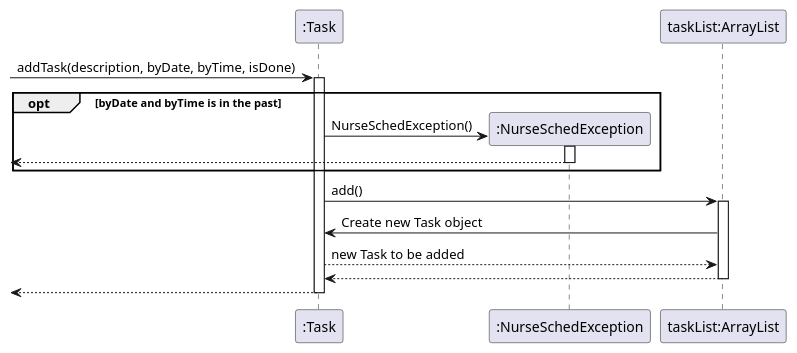
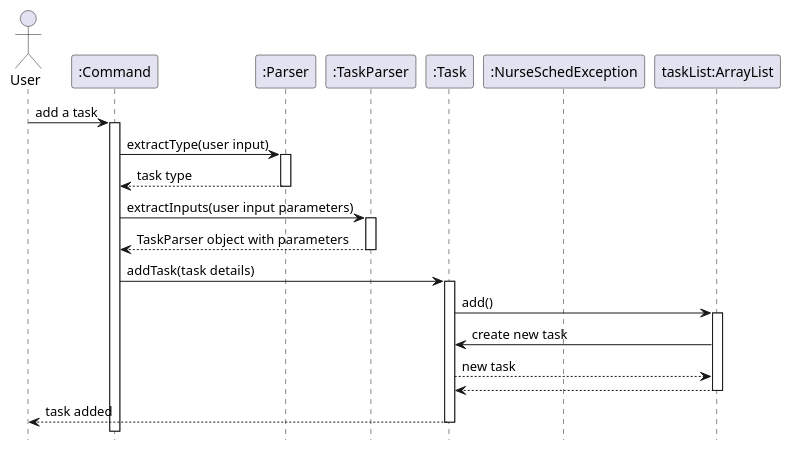
Before and after one commit to AY2425S2-CS2113-T11b-3/tp: the diagram in docs/diagrams/taskSequenceDiagrams/AddTaskSequenceDiagram.puml, drawn with PlantUML. The commit also changed 5 other files, not shown here.

Commit message:
Add addTask sequence diagram to DG

```diff
--- a/docs/diagrams/taskSequenceDiagrams/AddTaskSequenceDiagram.puml
+++ b/docs/diagrams/taskSequenceDiagrams/AddTaskSequenceDiagram.puml
@@ -1,32 +1,39 @@
 @startuml
 
+hide footbox
+actor User
+participant ":Command" as Command
+participant ":Parser" as Parser
+participant ":TaskParser" as TaskParser
 participant ":Task" as Task
 participant ":NurseSchedException" as NurseSchedException
 participant "taskList:ArrayList" as taskList
 
-[-> Task : addTask(description, byDate, byTime, isDone)
+User -> Command : add a task
+activate Command
+
+Command -> Parser : extractType(user input)
+activate Parser
+Parser --> Command : task type
+deactivate Parser
+
+Command -> TaskParser : extractInputs(user input parameters)
+activate TaskParser
+TaskParser --> Command : TaskParser object with parameters
+deactivate TaskParser
+
+Command-> Task : addTask(task details)
 activate Task
-
-create taskList
-
-opt byDate and byTime is in the past
-    create NurseSchedException
-    Task -> NurseSchedException : NurseSchedException()
-    activate NurseSchedException
-
-    NurseSchedException -->[
-    deactivate NurseSchedException
-end
 
 Task -> taskList : add()
 activate taskList
 
-taskList -> Task : Create new Task object
-Task --> taskList : new Task to be added
+taskList -> Task : create new task
+Task --> taskList : new task
 taskList --> Task
 deactivate taskList
 
-Task -->[
+Task --> User : task added
 deactivate Task
 
 @enduml
```
